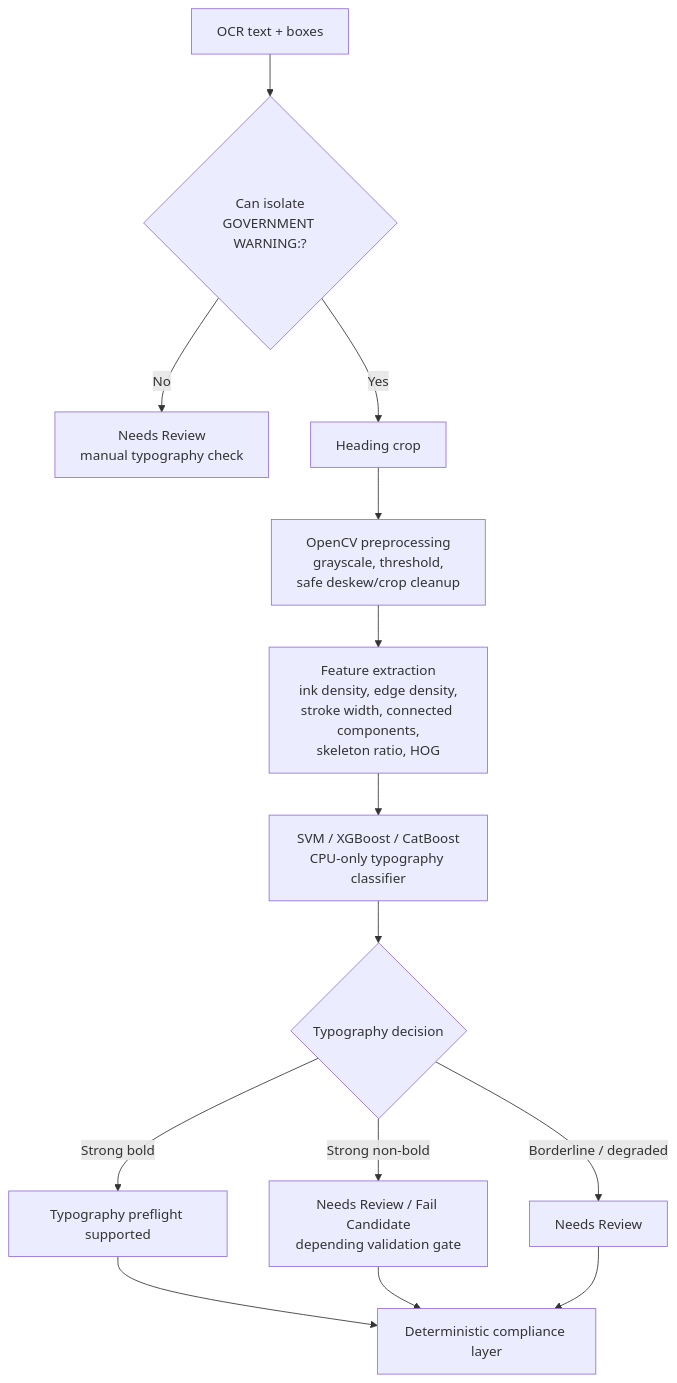
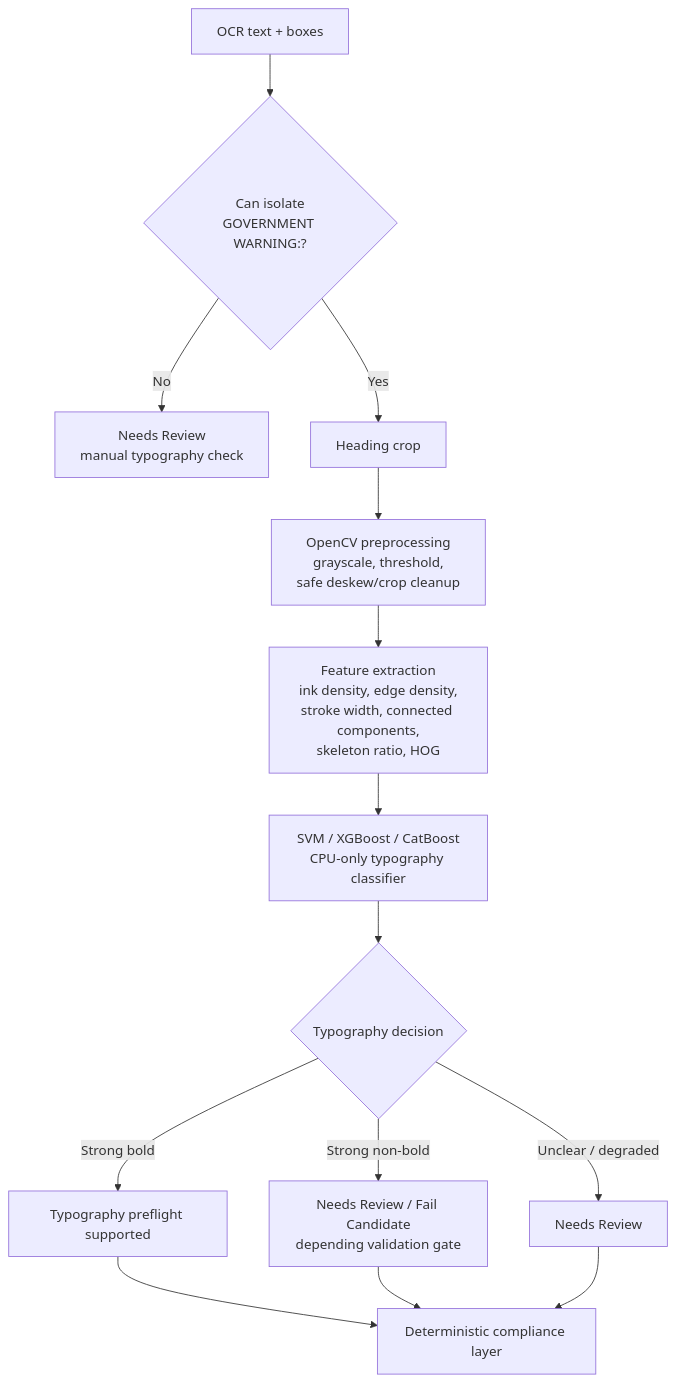
The ninth of 12 diagrams in MODEL_ARCHITECTURE.md (AaronNHorvitz/Labels-On-Tap), drawn with Mermaid before and after one commit. The commit also changed other lines of this file and 8 other files, not shown here.

````diff
--- a/MODEL_ARCHITECTURE.md
+++ b/MODEL_ARCHITECTURE.md
@@ -444,16 +444,16 @@
 ```mermaid
 flowchart TD
     A["OCR text + boxes"] --> B{"Can isolate<br/>GOVERNMENT WARNING:?"}
     B -->|No| C["Needs Review<br/>manual typography check"]
     B -->|Yes| D["Heading crop"]
     D --> E["OpenCV preprocessing<br/>grayscale, threshold,<br/>safe deskew/crop cleanup"]
     E --> F["Feature extraction<br/>ink density, edge density,<br/>stroke width, connected components,<br/>skeleton ratio, HOG"]
     F --> G["SVM / XGBoost / CatBoost<br/>CPU-only typography classifier"]
     G --> H{"Typography decision"}
     H -->|"Strong bold"| I["Typography preflight supported"]
     H -->|"Strong non-bold"| J["Needs Review / Fail Candidate<br/>depending validation gate"]
-    H -->|"Borderline / degraded"| K["Needs Review"]
+    H -->|"Unclear / degraded"| K["Needs Review"]
     I --> L["Deterministic compliance layer"]
     J --> L
     K --> L
 ```
````
